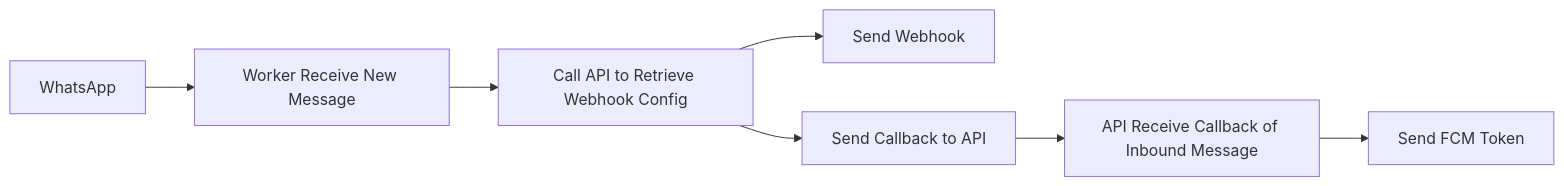
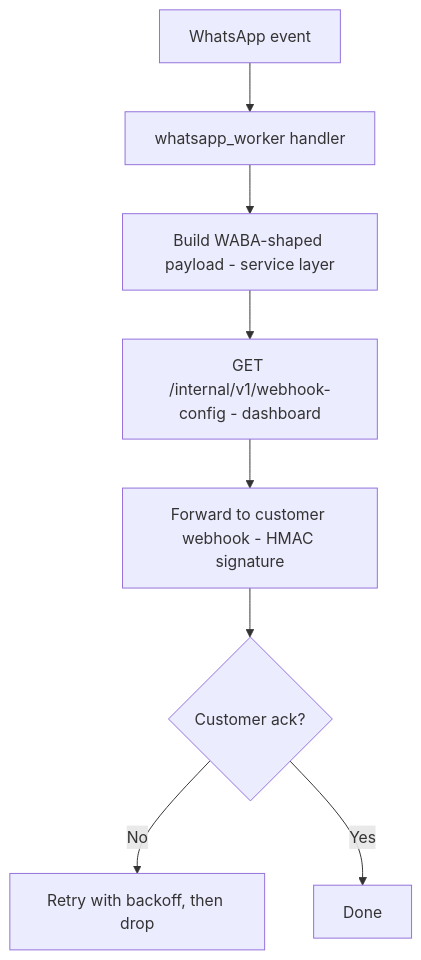
The sixth of 7 diagrams in docs/flow.md (nexusmsg/nexus-oss), drawn with Mermaid before and after one commit. The commit also changed other lines of this file and 10 other files, not shown here.

Commit message:
docs: update architecture and handoff records

````diff
--- a/docs/flow.md
+++ b/docs/flow.md
@@ -130,14 +130,12 @@
 ```mermaid
-flowchart LR
+flowchart TB
 
-A[WhatsApp]
---> B[Worker Receive New Message]
---> C[Call API to Retrieve Webhook Config]
-
-C --> D[Send Webhook]
-
-C --> E[Send Callback to API]
-
-E --> F[API Receive Callback of Inbound Message]
---> G[Send FCM Token]
+A[WhatsApp event]
+--> B[whatsapp_worker handler]
+--> C[Build WABA-shaped payload - service layer]
+--> D[GET /internal/v1/webhook-config - dashboard]
+--> E[Forward to customer webhook - HMAC signature]
+--> F{Customer ack?}
+F -- No --> G[Retry with backoff, then drop]
+F -- Yes --> H[Done]
 ```
````
